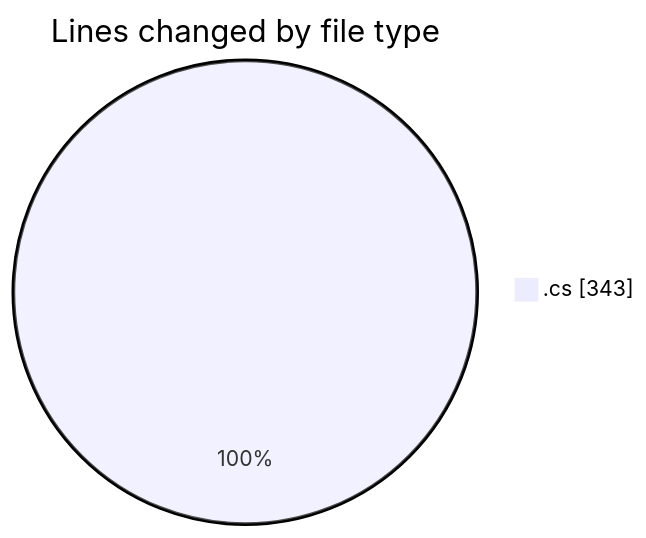
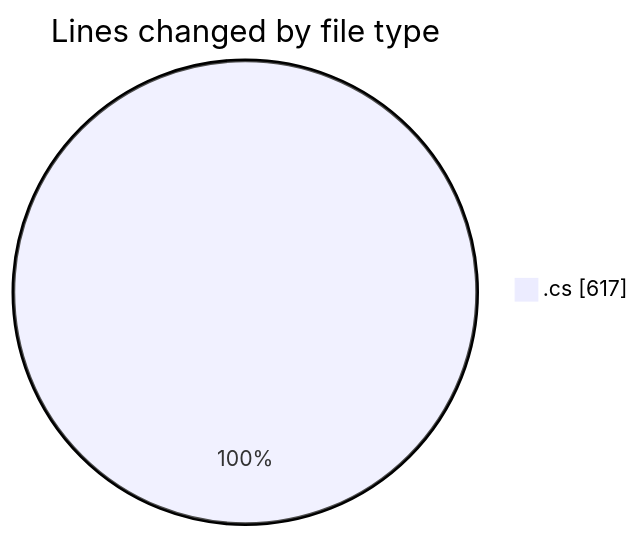
One commit to Netris89/code-tracking changed the first of 2 diagrams in 2025-03-22/back-end/README.md. Above: the diagram before and after it, drawn with Mermaid. The commit also changed other lines of this file and 1 other file, not shown here.

````diff
--- a/2025-03-22/back-end/README.md
+++ b/2025-03-22/back-end/README.md
@@ -23,5 +24,5 @@
 ```mermaid
 pie showData
 title Lines changed by file type
-".cs" : 343
+".cs" : 617
 ```
````
